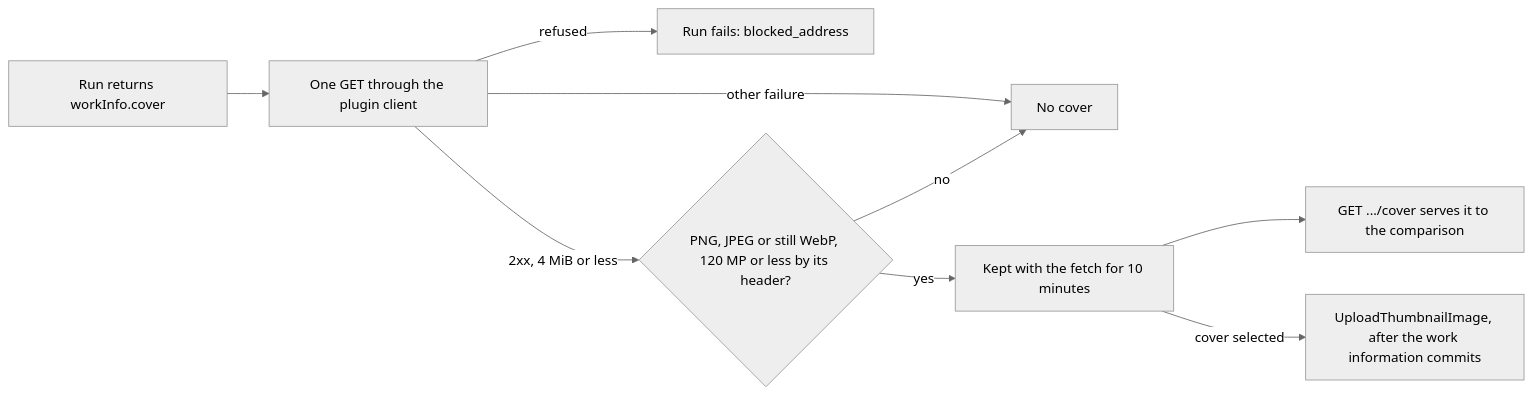
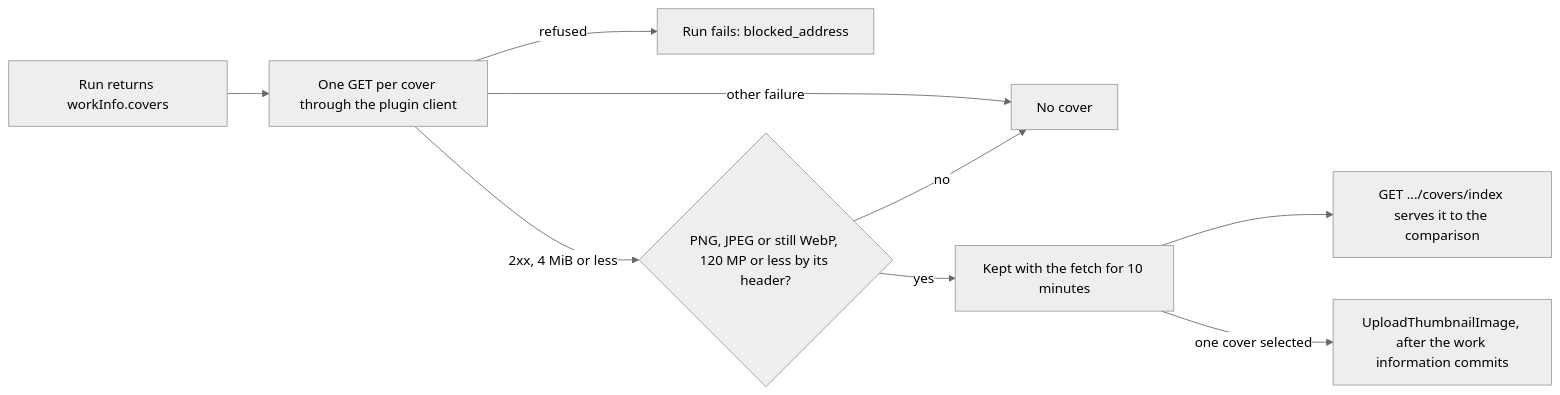
One commit to syudead/vv changed the fifth of 7 diagrams in docs/design-docs/work-info-plugins.md. Above: the diagram before and after it, drawn with Mermaid (neutral theme). The commit also changed other lines of this file and 79 other files, not shown here.

First line of the commit message:
Rework the work-info apply and drop person lookups (#1538)

````diff
--- a/docs/design-docs/work-info-plugins.md
+++ b/docs/design-docs/work-info-plugins.md
@@ -291,11 +329,11 @@
 ```mermaid
 flowchart LR
-  run[Run returns workInfo.cover] --> get[One GET through the plugin client]
+  run[Run returns workInfo.covers] --> get[One GET per cover through the plugin client]
   get -->|refused| blocked[Run fails: blocked_address]
   get -->|other failure| none[No cover]
   get -->|2xx, 4 MiB or less| check{PNG, JPEG or still WebP, 120 MP or less by its header?}
   check -->|no| none
   check -->|yes| keep[Kept with the fetch for 10 minutes]
-  keep --> serve[GET .../cover serves it to the comparison]
-  keep -->|cover selected| apply[UploadThumbnailImage, after the work information commits]
+  keep --> serve[GET .../covers/index serves it to the comparison]
+  keep -->|one cover selected| apply[UploadThumbnailImage, after the work information commits]
 ```
````
